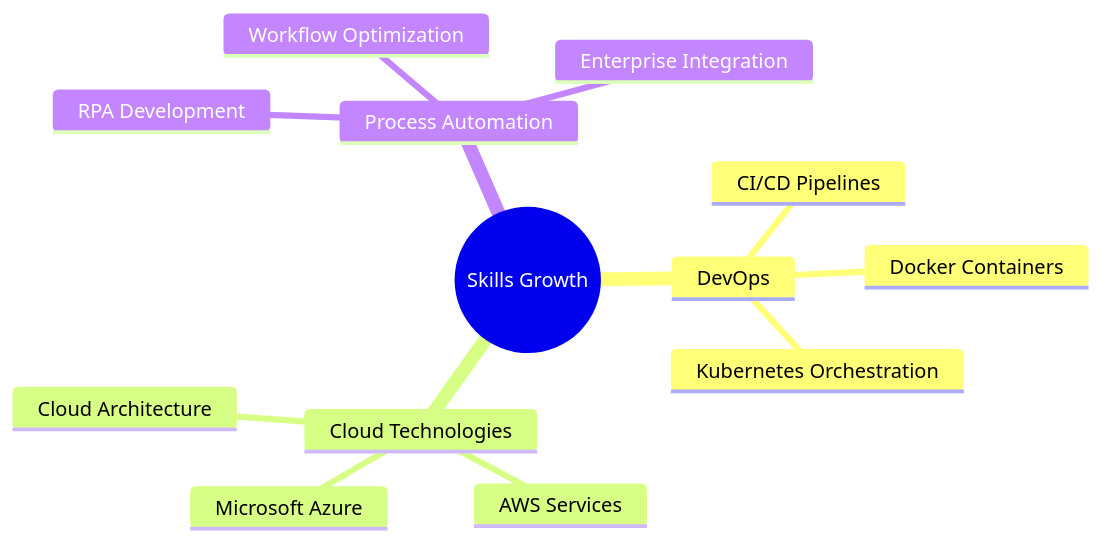
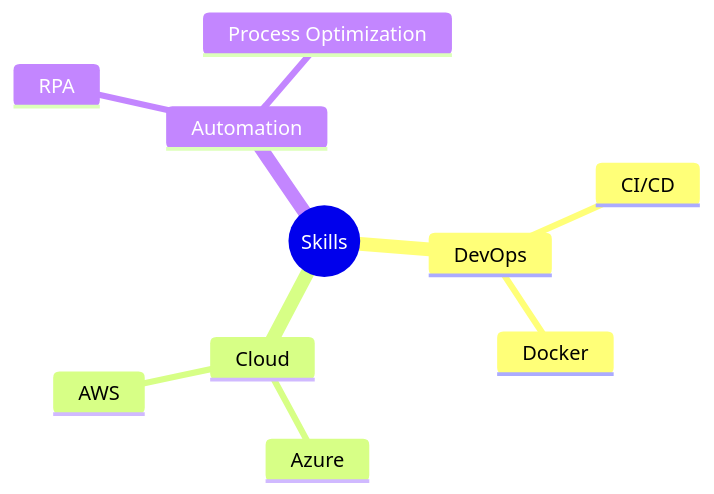
Before and after one commit to amrani350/amrani350: the diagram in README.md, drawn with Mermaid. The commit also changed other lines of this file, not shown here.

````diff
--- a/README.md
+++ b/README.md
@@ -173,16 +137,13 @@
-  ```mermaid
-  mindmap
-    root((Skills Growth))
-      DevOps
-        CI/CD Pipelines
-        Docker Containers
-        Kubernetes Orchestration
-      Cloud Technologies
-        Microsoft Azure
-        AWS Services
-        Cloud Architecture
-      Process Automation
-        RPA Development
-        Workflow Optimization
-        Enterprise Integration
-  ```
+```mermaid
+mindmap
+  root((Skills))
+    DevOps
+      CI/CD
+      Docker
+    Cloud
+      Azure
+      AWS
+    Automation
+      RPA
+      Process Optimization
+```
````
